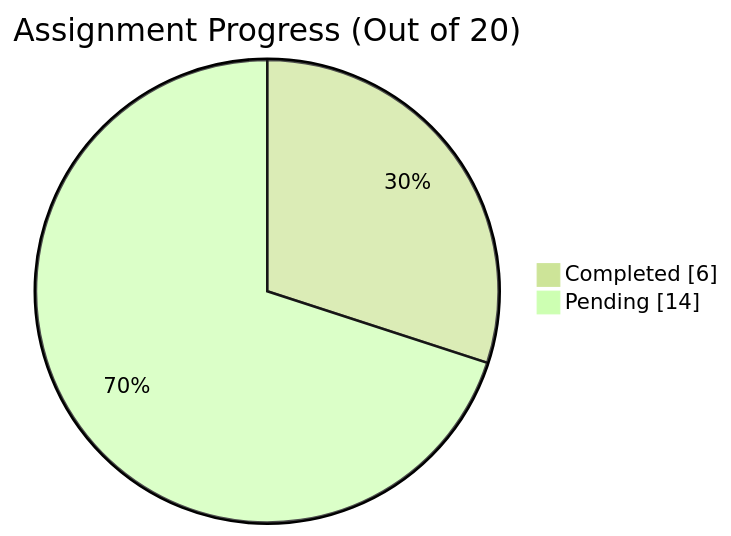
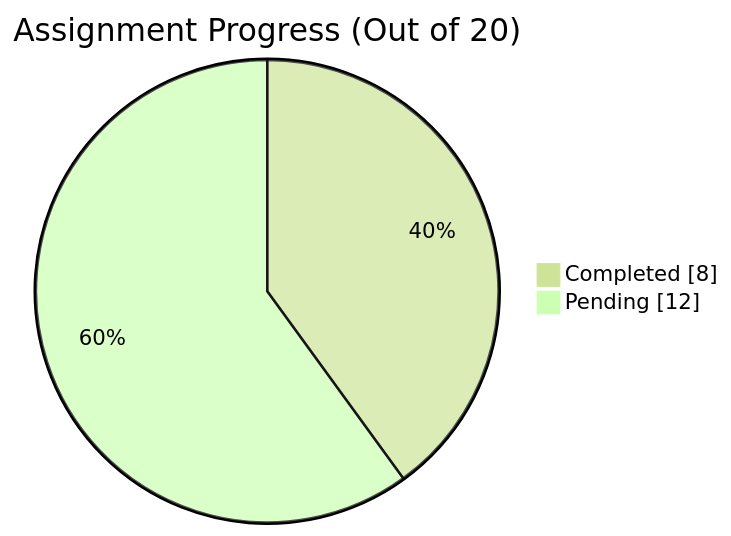
Before and after one commit to Neerajkumar151/Assignments: the diagram in README.md, drawn with Mermaid (forest theme). The commit also changed other lines of this file, not shown here.

````diff
--- a/README.md
+++ b/README.md
@@ -27,6 +27,6 @@
 ```mermaid
 pie showData
   title Assignment Progress (Out of 20)
-  "Completed" : 6
-  "Pending" : 14
+  "Completed" : 8
+  "Pending" : 12
 ```
````
